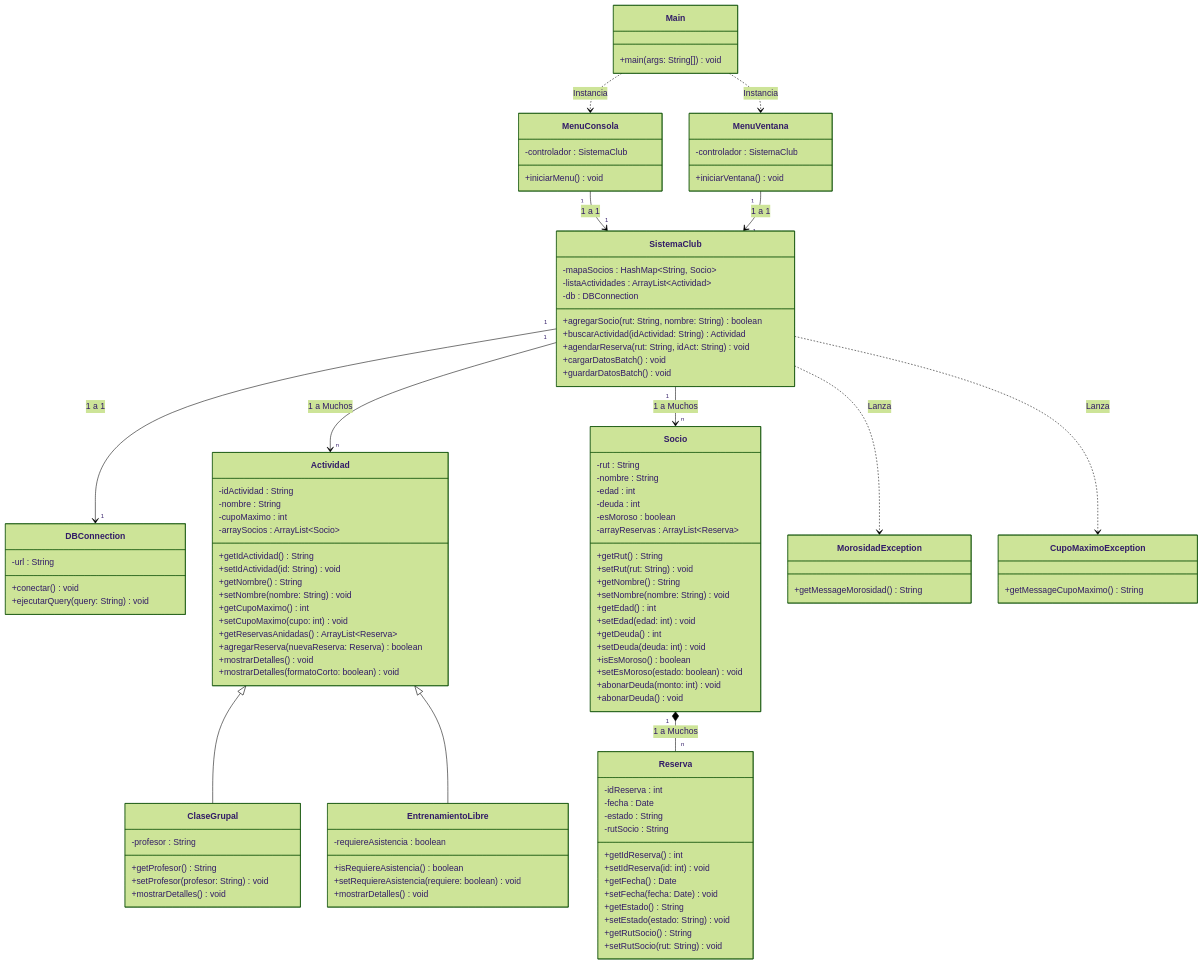
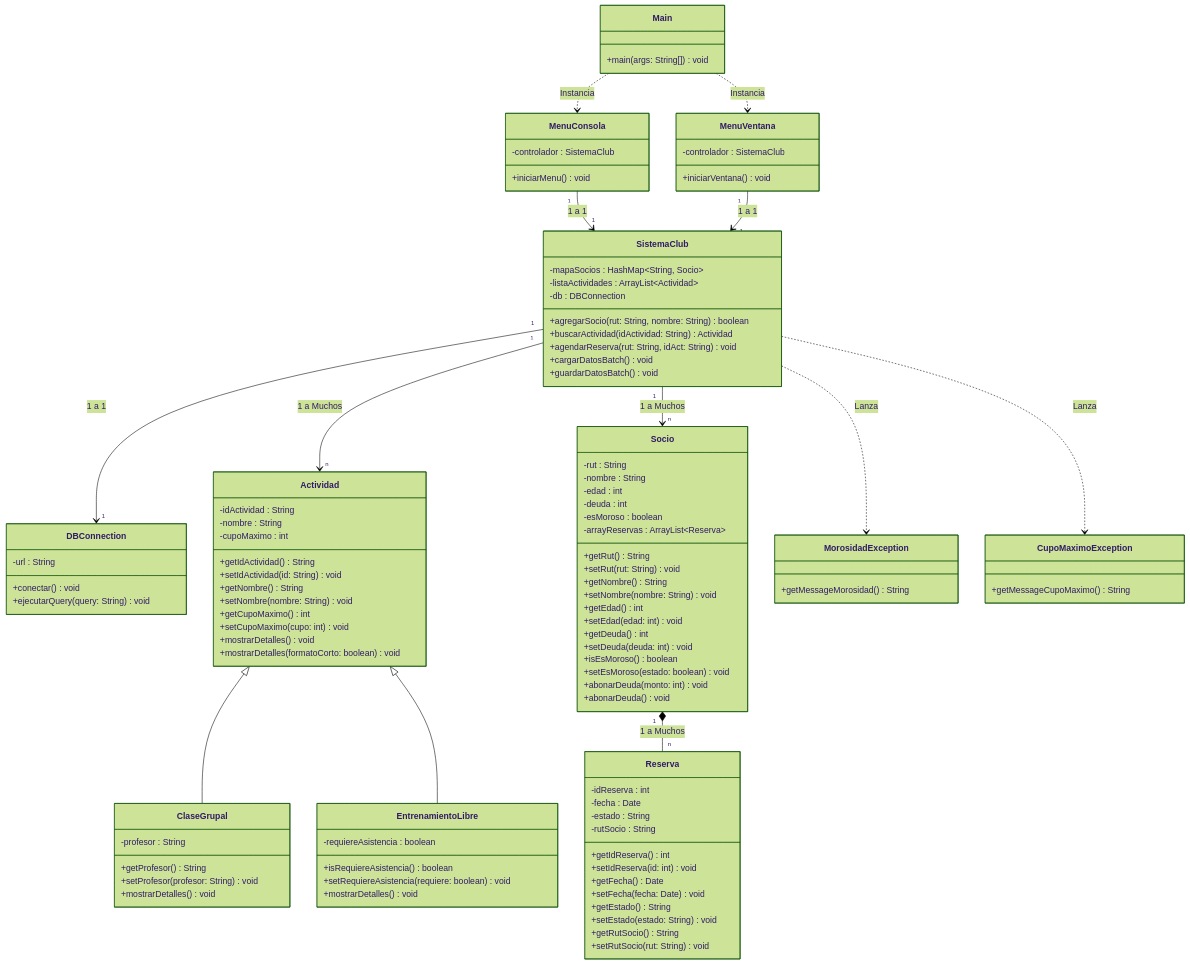
One commit to L3v1smpr/ProyectoProgramacionAvanzadaUno changed the diagram in planificacion/Diagrama de Clases UML.md. Above: the diagram before and after it, drawn with Mermaid (forest theme).

Commit message:
Actualización diagrama UML de clases antes de comenzar a escribir código

```diff
--- a/planificacion/Diagrama de Clases UML.md
+++ b/planificacion/Diagrama de Clases UML.md
@@ -41,17 +41,14 @@
         -idActividad : String
         -nombre : String
         -cupoMaximo : int
-        -arraySocios : ArrayList~Socio~
         +getIdActividad() String
         +setIdActividad(id: String) void
         +getNombre() String
         +setNombre(nombre: String) void
         +getCupoMaximo() int
         +setCupoMaximo(cupo: int) void
-        +getReservasAnidadas() ArrayList~Reserva~
-        +agregarReserva(nuevaReserva: Reserva) boolean
         +mostrarDetalles() void
-	+mostrarDetalles(formatoCorto: boolean) void
+        +mostrarDetalles(formatoCorto: boolean) void
     }
     
     class ClaseGrupal {
```
